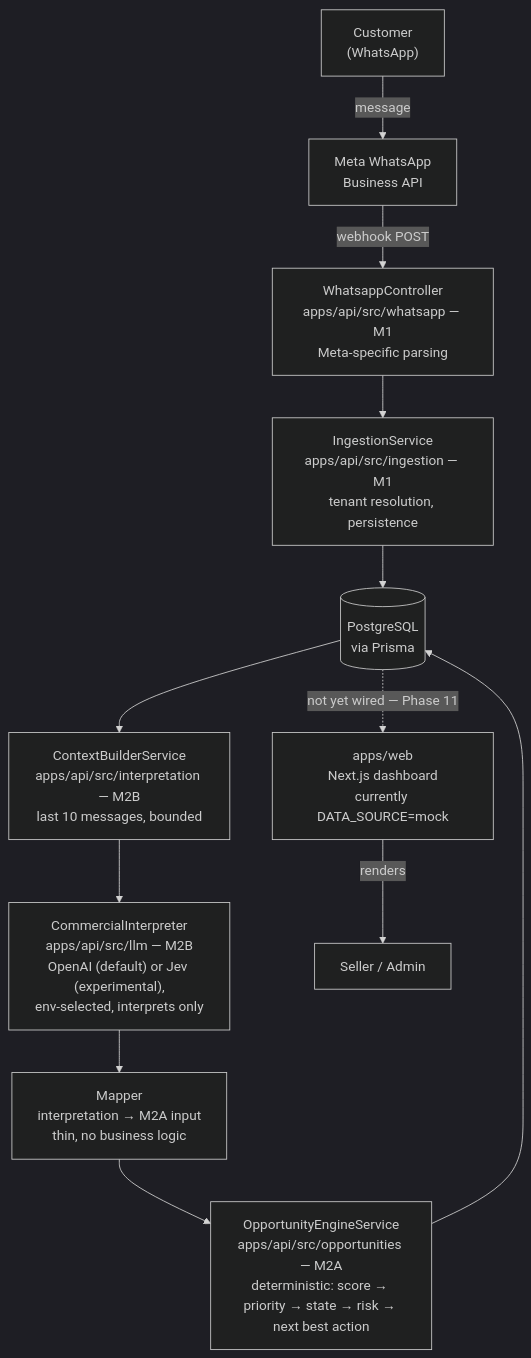
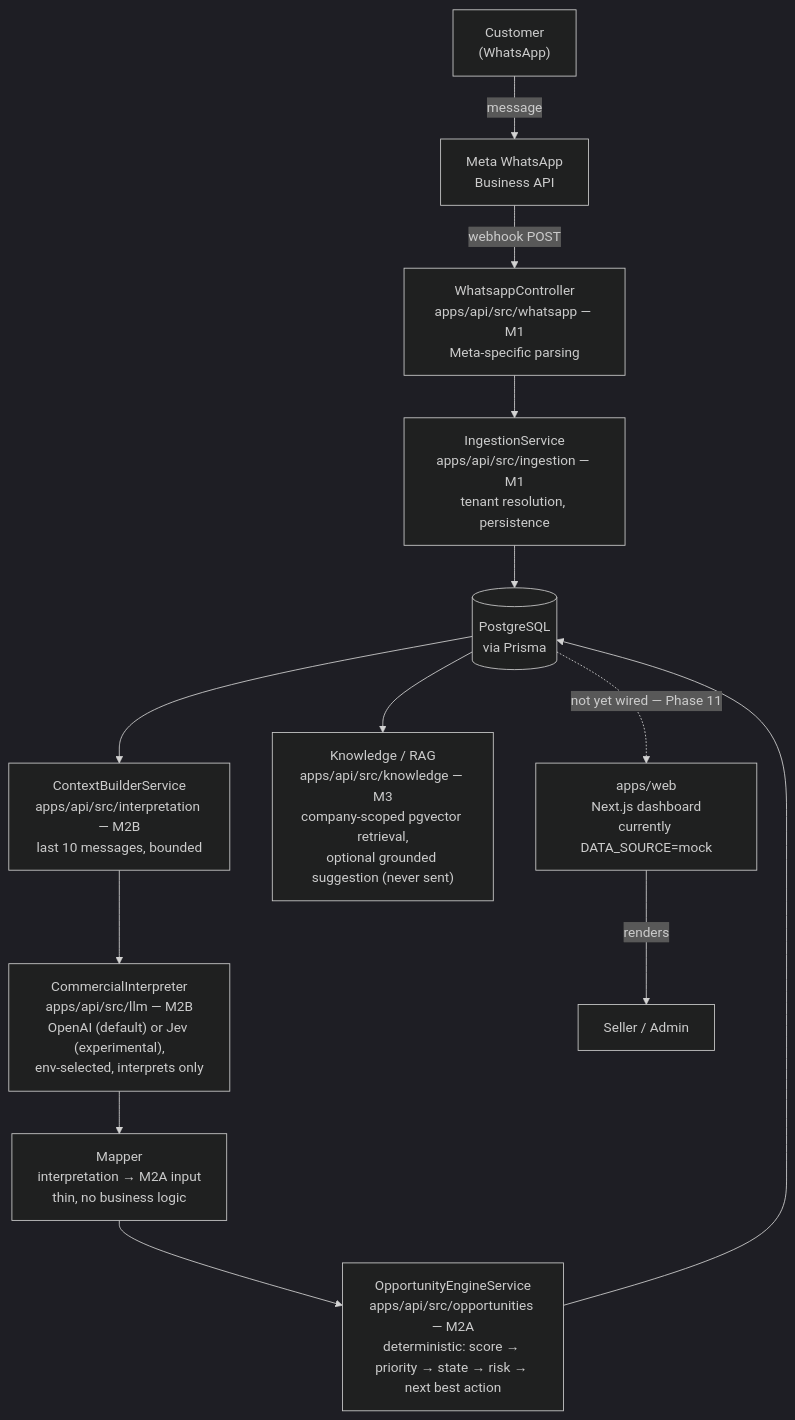
One commit to keom-code/keom-platform changed the diagram in docs/SYSTEM.md. Above: the diagram before and after it, drawn with Mermaid (dark theme). The commit also changed other lines of this file and 38 other files, not shown here.

First line of the commit message:
Implement M3: Business Knowledge / RAG with pgvector

````diff
--- a/docs/SYSTEM.md
+++ b/docs/SYSTEM.md
@@ -19,16 +19,18 @@
 ```mermaid
 flowchart TD
     Customer["Customer<br/>(WhatsApp)"] -->|message| Meta["Meta WhatsApp<br/>Business API"]
     Meta -->|webhook POST| Webhook["WhatsappController<br/>apps/api/src/whatsapp — M1<br/>Meta-specific parsing"]
     Webhook --> Ingestion["IngestionService<br/>apps/api/src/ingestion — M1<br/>tenant resolution, persistence"]
     Ingestion --> DB[("PostgreSQL<br/>via Prisma")]
 
     DB --> ContextBuilder["ContextBuilderService<br/>apps/api/src/interpretation — M2B<br/>last 10 messages, bounded"]
     ContextBuilder --> LLM["CommercialInterpreter<br/>apps/api/src/llm — M2B<br/>OpenAI (default) or Jev (experimental),<br/>env-selected, interprets only"]
     LLM --> Mapper["Mapper<br/>interpretation → M2A input<br/>thin, no business logic"]
     Mapper --> Engine["OpportunityEngineService<br/>apps/api/src/opportunities — M2A<br/>deterministic: score → priority → state → risk → next best action"]
     Engine --> DB
 
+    DB --> Knowledge["Knowledge / RAG<br/>apps/api/src/knowledge — M3<br/>company-scoped pgvector retrieval,<br/>optional grounded suggestion (never sent)"]
+
     DB -.->|"not yet wired — Phase 11"| WebApp["apps/web<br/>Next.js dashboard<br/>currently DATA_SOURCE=mock"]
     WebApp -->|renders| Seller["Seller / Admin"]
 ```
````
